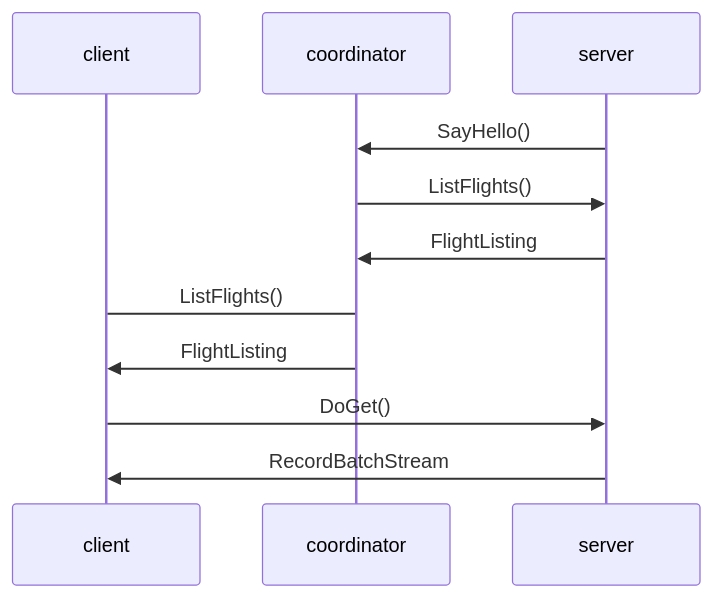
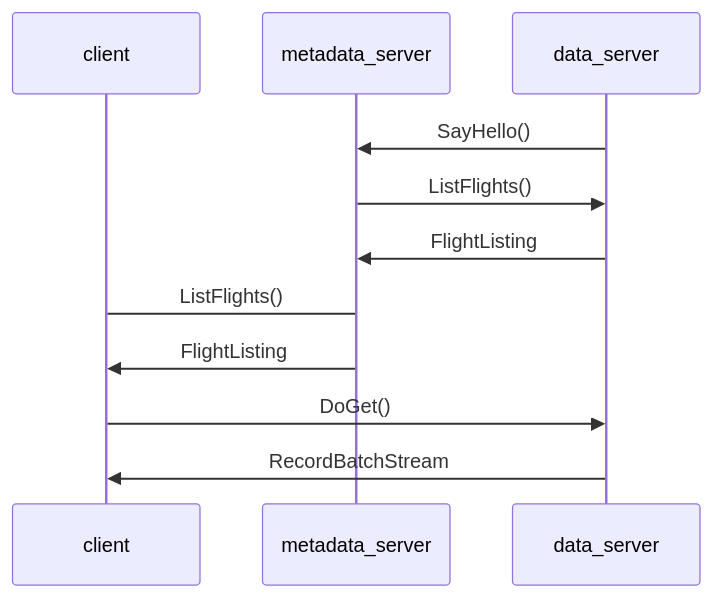
One commit to amoeba/arrow-flight-playground changed the diagram in distributed_with_opentelemetry/README.md. Above: the diagram before and after it, drawn with Mermaid. The commit also changed other lines of this file and 7 other files, not shown here.

````diff
--- a/distributed_with_opentelemetry/README.md
+++ b/distributed_with_opentelemetry/README.md
@@ -25,13 +27,13 @@
 ```mermaid
 sequenceDiagram
     participant client
-    participant coordinator
-    participant server
-    server->>coordinator: SayHello()
-    coordinator->>server: ListFlights()
-    server->>coordinator: FlightListing
-    client->coordinator: ListFlights()
-    coordinator->>client: FlightListing
-    client->>server: DoGet()
-    server->>client: RecordBatchStream
+    participant metadata_server
+    participant data_server
+    data_server->>metadata_server: SayHello()
+    metadata_server->>data_server: ListFlights()
+    data_server->>metadata_server: FlightListing
+    client->metadata_server: ListFlights()
+    metadata_server->>client: FlightListing
+    client->>data_server: DoGet()
+    data_server->>client: RecordBatchStream
 ```
````
